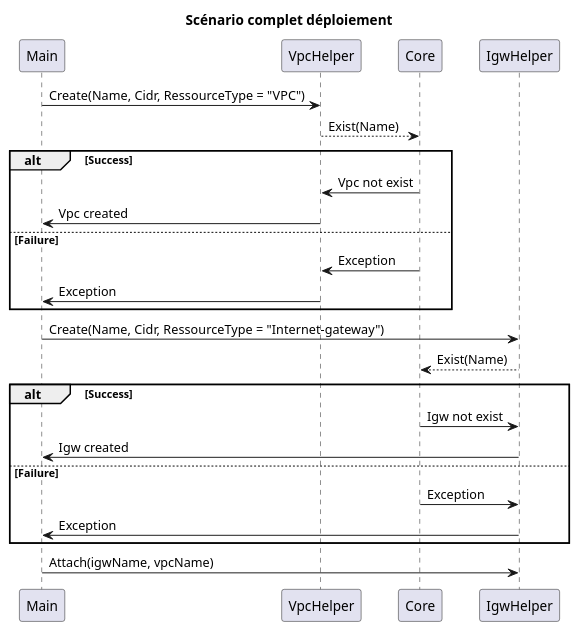
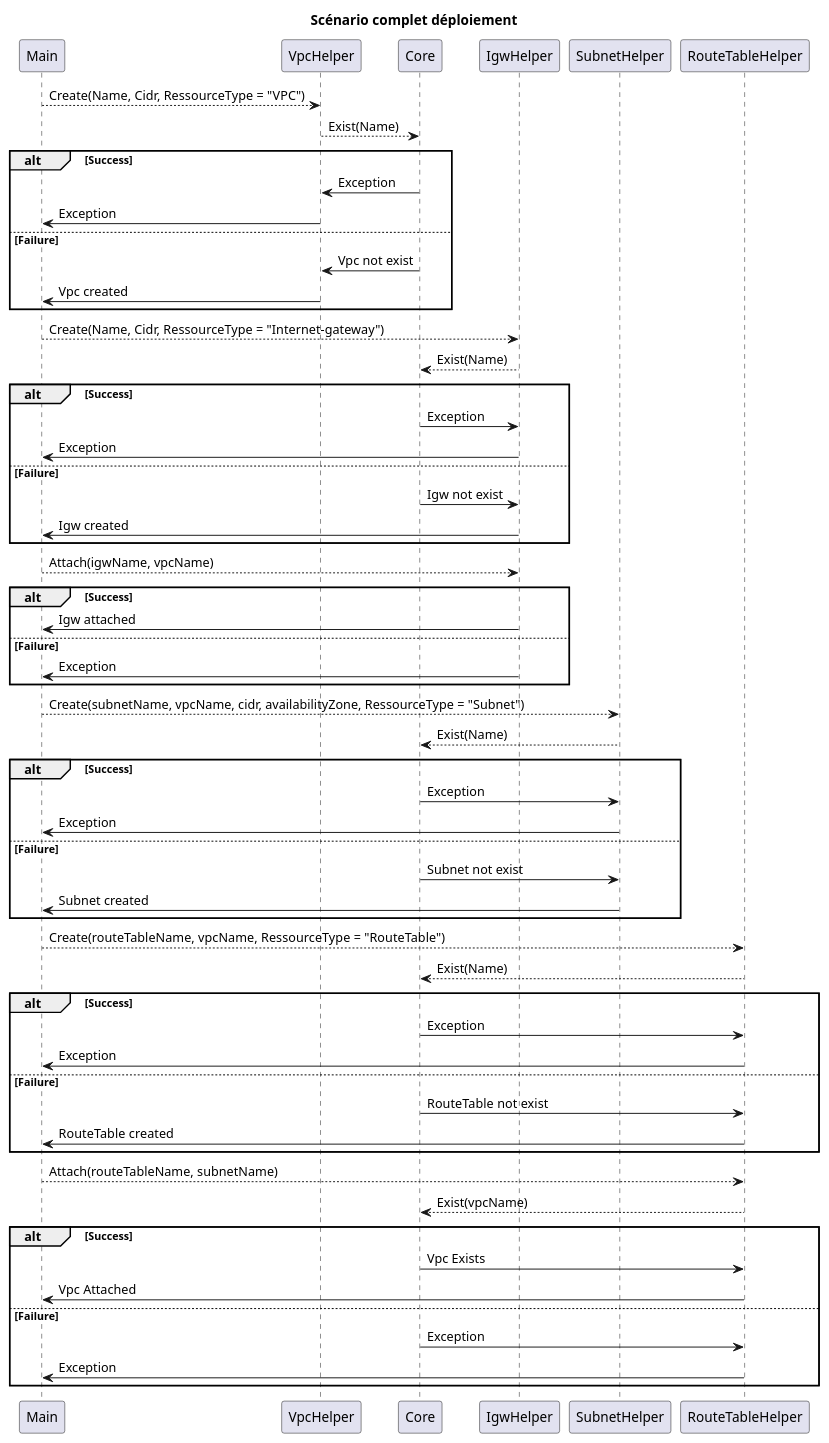
The diagram in doc/sequence_diagram.wsd (NicolasGlassey/VIR1_Deploy), drawn with PlantUML before and after one commit. The commit also changed 1 other file, not shown here.

Commit message:
Update sequence_diagram to handle the subnet and route table

```diff
--- a/doc/sequence_diagram.wsd
+++ b/doc/sequence_diagram.wsd
@@ -1,42 +1,98 @@
 @startuml sequence_diagram
 
 title Scénario complet déploiement
 
-Main -> VpcHelper : Create(Name, Cidr, RessourceType = "VPC")
+Main --> VpcHelper : Create(Name, Cidr, RessourceType = "VPC")
 
 VpcHelper --> Core : Exist(Name)
 
 alt Success
+    
+    VpcHelper <- Core : Exception
+    VpcHelper -> Main : Exception
 
+else Failure
+     
     VpcHelper <- Core : Vpc not exist
     VpcHelper -> Main : Vpc created
 
-else Failure
-
-    VpcHelper <- Core : Exception
-    VpcHelper -> Main : Exception
-
 end
 
-
-Main -> IgwHelper : Create(Name, Cidr, RessourceType = "Internet-gateway")
+Main --> IgwHelper : Create(Name, Cidr, RessourceType = "Internet-gateway")
 
 IgwHelper --> Core : Exist(Name)
 
 alt Success
+    
+    IgwHelper <- Core : Exception
+    IgwHelper -> Main : Exception
+
+else Failure
 
     IgwHelper <- Core : Igw not exist
     IgwHelper -> Main : Igw created
 
+end
+
+Main --> IgwHelper : Attach(igwName, vpcName)
+
+alt Success
+
+    IgwHelper -> Main : Igw attached
+
 else Failure
 
-    IgwHelper <- Core : Exception
     IgwHelper -> Main : Exception
 
 end
 
-Main -> IgwHelper : Attach(igwName, vpcName)
+Main --> SubnetHelper : Create(subnetName, vpcName, cidr, availabilityZone, RessourceType = "Subnet")
 
+SubnetHelper --> Core : Exist(Name)
 
+alt Success
+
+    SubnetHelper <- Core : Exception
+    SubnetHelper -> Main : Exception
+
+else Failure
+
+    SubnetHelper <- Core : Subnet not exist
+    SubnetHelper -> Main : Subnet created
+
+end
+
+Main --> RouteTableHelper : Create(routeTableName, vpcName, RessourceType = "RouteTable")
+
+RouteTableHelper --> Core : Exist(Name)
+
+alt Success
+    
+    RouteTableHelper <- Core : Exception
+    RouteTableHelper -> Main : Exception
+
+else Failure
+
+    RouteTableHelper <- Core : RouteTable not exist
+
+    RouteTableHelper -> Main : RouteTable created
+
+end
+
+Main --> RouteTableHelper : Attach(routeTableName, subnetName)
+
+RouteTableHelper --> Core : Exist(vpcName)
+
+alt Success
+    
+    RouteTableHelper <- Core : Vpc Exists
+    RouteTableHelper -> Main : Vpc Attached
+
+else Failure
+
+    RouteTableHelper <- Core : Exception
+    RouteTableHelper -> Main : Exception
+
+end
 
 @enduml
```
